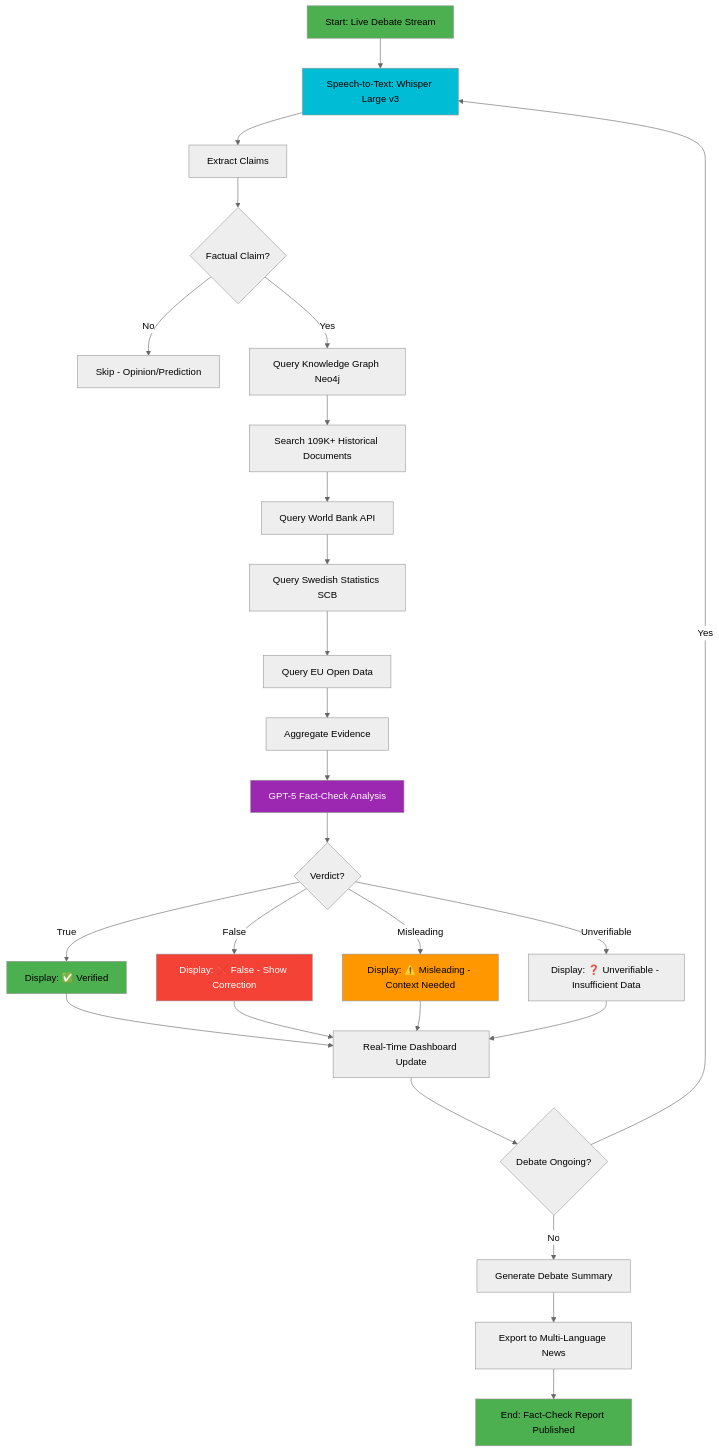
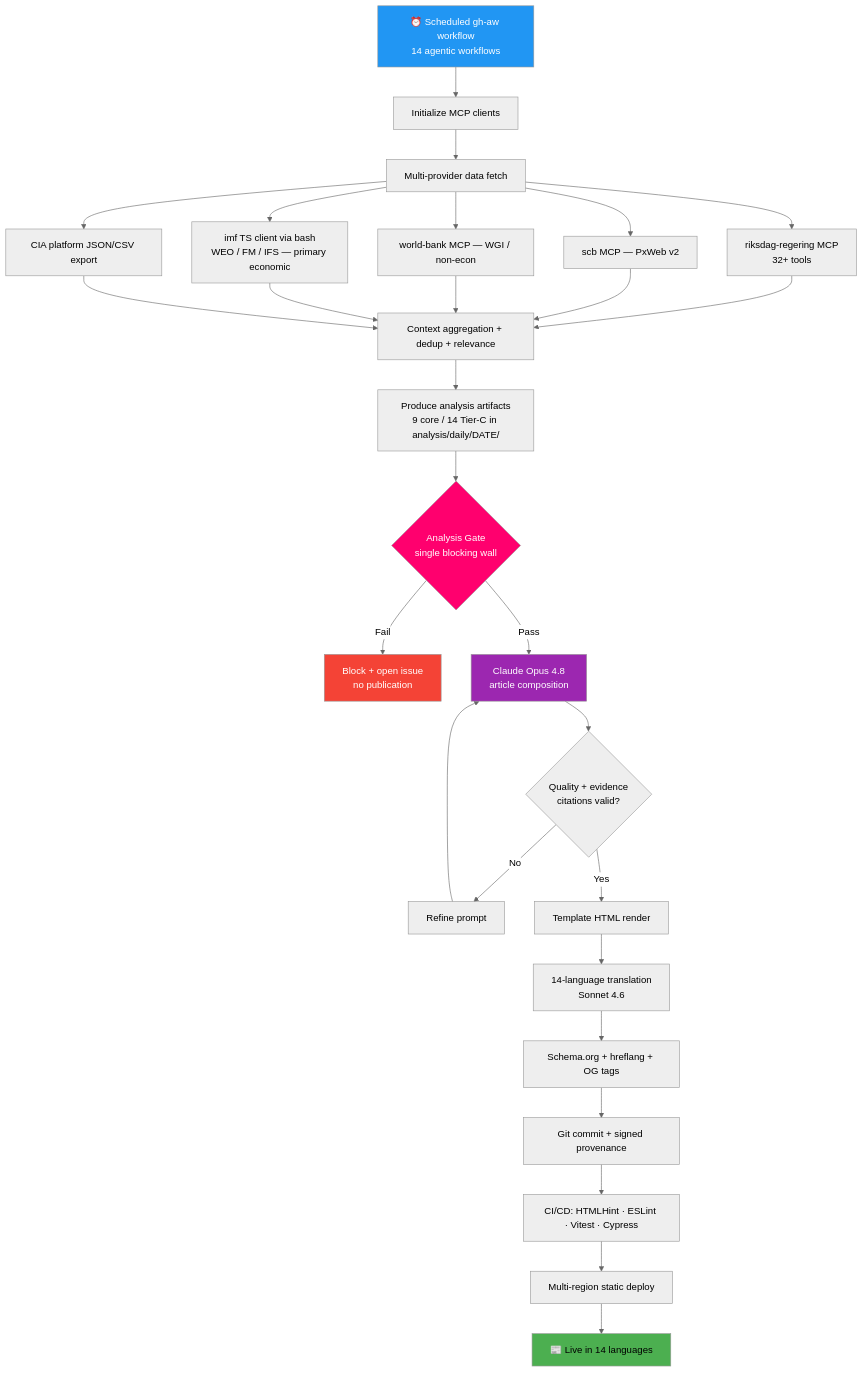
Before and after one commit to Hack23/riksdagsmonitor: the third of 24 diagrams in FUTURE_FLOWCHART.md, drawn with Mermaid (neutral theme). The commit also changed other lines of this file and 5 other files, not shown here.

Commit message:
Rewrite FUTURE_DATA_MODEL.md as three-horizon data architecture (v3.0)

````diff
--- a/FUTURE_FLOWCHART.md
+++ b/FUTURE_FLOWCHART.md
@@ -162,43 +161,37 @@
 ```mermaid
 flowchart TD
-    A[Start: Live Debate Stream] --> B[Speech-to-Text: Whisper Large v3]
-    B --> C[Extract Claims]
-    C --> D{Factual Claim?}
-    
-    D -->|No| E[Skip - Opinion/Prediction]
-    D -->|Yes| F[Query Knowledge Graph Neo4j]
-    
-    F --> G[Search 109K+ Historical Documents]
-    G --> H[Query World Bank API]
-    H --> I[Query Swedish Statistics SCB]
-    I --> J[Query EU Open Data]
-    
-    J --> K[Aggregate Evidence]
-    K --> L[GPT-5 Fact-Check Analysis]
-    L --> M{Verdict?}
-    
-    M -->|True| N[Display: ✅ Verified]
-    M -->|False| O[Display: ❌ False - Show Correction]
-    M -->|Misleading| P[Display: ⚠️ Misleading - Context Needed]
-    M -->|Unverifiable| Q[Display: ❓ Unverifiable - Insufficient Data]
-    
-    N --> R[Real-Time Dashboard Update]
-    O --> R
-    P --> R
-    Q --> R
-    
-    R --> S{Debate Ongoing?}
-    S -->|Yes| B
-    S -->|No| T[Generate Debate Summary]
-    
-    T --> U[Export to Multi-Language News]
-    U --> V[End: Fact-Check Report Published]
-    
-    style A fill:#4caf50,color:#000000
-    style B fill:#00bcd4,color:#000000
-    style L fill:#9c27b0,color:#ffffff
-    style N fill:#4caf50,color:#000000
-    style O fill:#f44336,color:#ffffff
-    style P fill:#ff9800,color:#000000
-    style V fill:#4caf50,color:#000000
+    CRON[⏰ Scheduled gh-aw workflow<br/>14 agentic workflows] --> MCPI[Initialize MCP clients]
+    MCPI --> FETCH[Multi-provider data fetch]
+
+    FETCH --> RR[riksdag-regering MCP<br/>32+ tools]
+    FETCH --> SCB[scb MCP — PxWeb v2]
+    FETCH --> WB[world-bank MCP — WGI / non-econ]
+    FETCH --> IMF[imf TS client via bash<br/>WEO / FM / IFS — primary economic]
+    FETCH --> CIA[CIA platform JSON/CSV export]
+
+    RR --> AGG[Context aggregation + dedup + relevance]
+    SCB --> AGG
+    WB --> AGG
+    IMF --> AGG
+    CIA --> AGG
+
+    AGG --> ARTI[Produce analysis artifacts<br/>9 core / 14 Tier-C in analysis/daily/DATE/]
+    ARTI --> GATE{Analysis Gate<br/>single blocking wall}
+    GATE -->|Fail| BLOCK[Block + open issue<br/>no publication]
+    GATE -->|Pass| GEN[Claude Opus 4.8<br/>article composition]
+    GEN --> QC{Quality + evidence<br/>citations valid?}
+    QC -->|No| RETRY[Refine prompt] --> GEN
+    QC -->|Yes| RENDER[Template HTML render]
+    RENDER --> TRANS[14-language translation<br/>Sonnet 4.6]
+    TRANS --> SEO[Schema.org + hreflang + OG tags]
+    SEO --> COMMIT[Git commit + signed provenance]
+    COMMIT --> CI[CI/CD: HTMLHint · ESLint · Vitest · Cypress]
+    CI --> DEPLOY[Multi-region static deploy]
+    DEPLOY --> LIVE[📰 Live in 14 languages]
+
+    style CRON fill:#2196f3,color:#ffffff
+    style GATE fill:#ff006e,color:#ffffff
+    style BLOCK fill:#f44336,color:#ffffff
+    style GEN fill:#9c27b0,color:#ffffff
+    style LIVE fill:#4caf50,color:#000000
 ```
````
